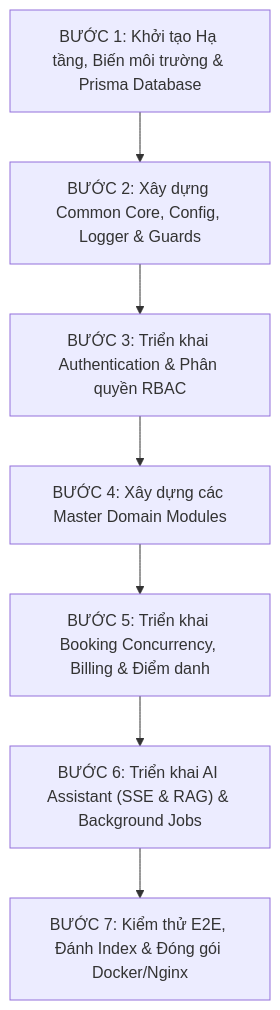
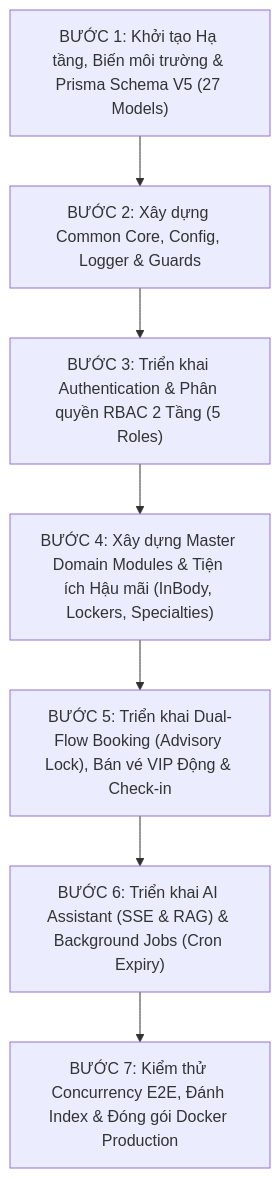
The diagram in markdown/instructions_steps.md (chienngoc2/3TC-), drawn with Mermaid before and after one commit. The commit also changed other lines of this file and 10 other files, not shown here.

First line of the commit message:
feat: align architecture with V5 production

````diff
--- a/markdown/instructions_steps.md
+++ b/markdown/instructions_steps.md
@@ -23,9 +24,9 @@
 ```mermaid
 flowchart TD
-    Step1["BƯỚC 1: Khởi tạo Hạ tầng, Biến môi trường & Prisma Database"] --> Step2["BƯỚC 2: Xây dựng Common Core, Config, Logger & Guards"]
-    Step2 --> Step3["BƯỚC 3: Triển khai Authentication & Phân quyền RBAC"]
-    Step3 --> Step4["BƯỚC 4: Xây dựng các Master Domain Modules"]
-    Step4 --> Step5["BƯỚC 5: Triển khai Booking Concurrency, Billing & Điểm danh"]
-    Step5 --> Step6["BƯỚC 6: Triển khai AI Assistant (SSE & RAG) & Background Jobs"]
-    Step6 --> Step7["BƯỚC 7: Kiểm thử E2E, Đánh Index & Đóng gói Docker/Nginx"]
+    Step1["BƯỚC 1: Khởi tạo Hạ tầng, Biến môi trường & Prisma Schema V5 (27 Models)"] --> Step2["BƯỚC 2: Xây dựng Common Core, Config, Logger & Guards"]
+    Step2 --> Step3["BƯỚC 3: Triển khai Authentication & Phân quyền RBAC 2 Tầng (5 Roles)"]
+    Step3 --> Step4["BƯỚC 4: Xây dựng Master Domain Modules & Tiện ích Hậu mãi (InBody, Lockers, Specialties)"]
+    Step4 --> Step5["BƯỚC 5: Triển khai Dual-Flow Booking (Advisory Lock), Bán vé VIP Động & Check-in"]
+    Step5 --> Step6["BƯỚC 6: Triển khai AI Assistant (SSE & RAG) & Background Jobs (Cron Expiry)"]
+    Step6 --> Step7["BƯỚC 7: Kiểm thử Concurrency E2E, Đánh Index & Đóng gói Docker Production"]
 ```
````
